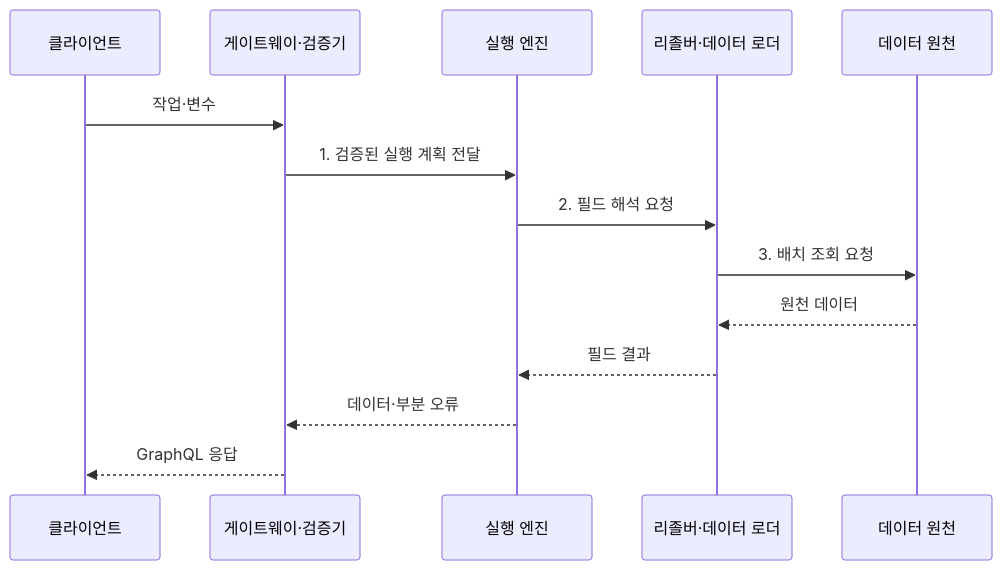
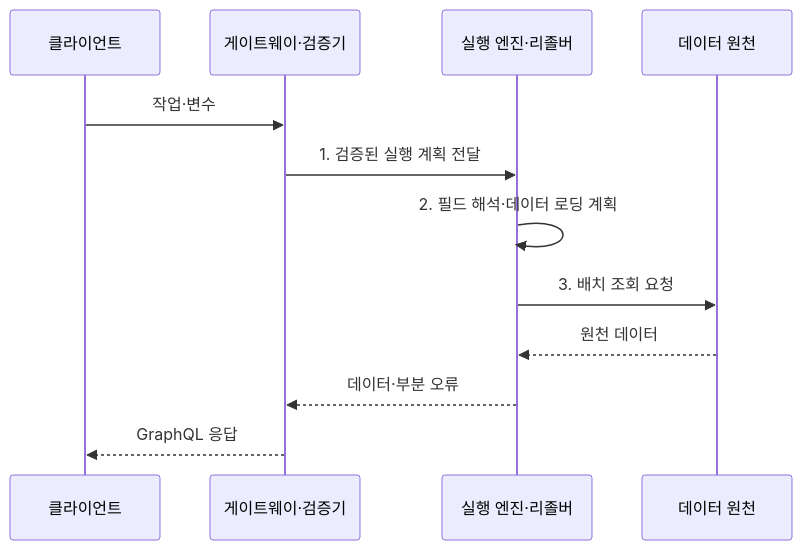
The second of 2 diagrams in src/content/docs/notes/03-software/172_graphql.md (agnusdei1207/knowledge-base), drawn with Mermaid before and after one commit. The commit also changed 8 other files, not shown here.

Commit message:
Simplify service operation diagrams

````diff
--- a/src/content/docs/notes/03-software/172_graphql.md
+++ b/src/content/docs/notes/03-software/172_graphql.md
@@ -98,16 +98,14 @@
 ```mermaid
 sequenceDiagram
     participant C as 클라이언트
     participant G as 게이트웨이·검증기
-    participant E as 실행 엔진
-    participant R as 리졸버·데이터 로더
+    participant E as 실행 엔진·리졸버
     participant D as 데이터 원천
     C->>G: 작업·변수
     G->>E: 1. 검증된 실행 계획 전달
-    E->>R: 2. 필드 해석 요청
-    R->>D: 3. 배치 조회 요청
-    D-->>R: 원천 데이터
-    R-->>E: 필드 결과
+    E->>E: 2. 필드 해석·데이터 로딩 계획
+    E->>D: 3. 배치 조회 요청
+    D-->>E: 원천 데이터
     E-->>G: 데이터·부분 오류
     G-->>C: GraphQL 응답
 ```
````
